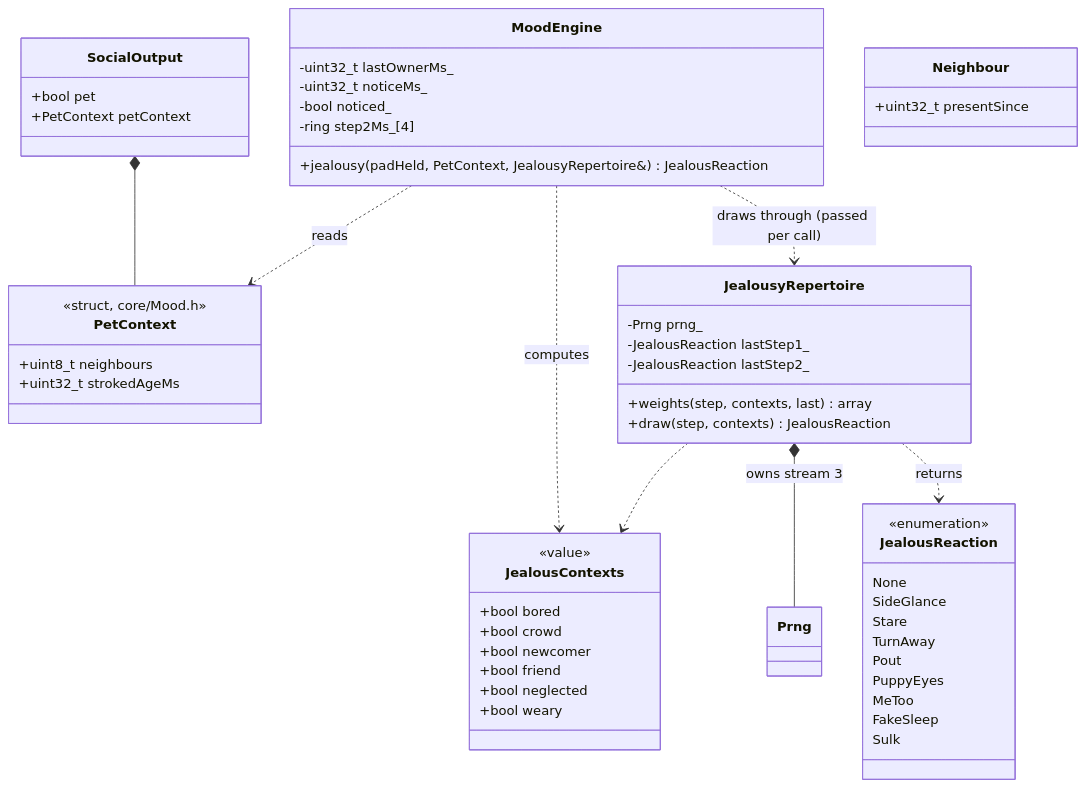
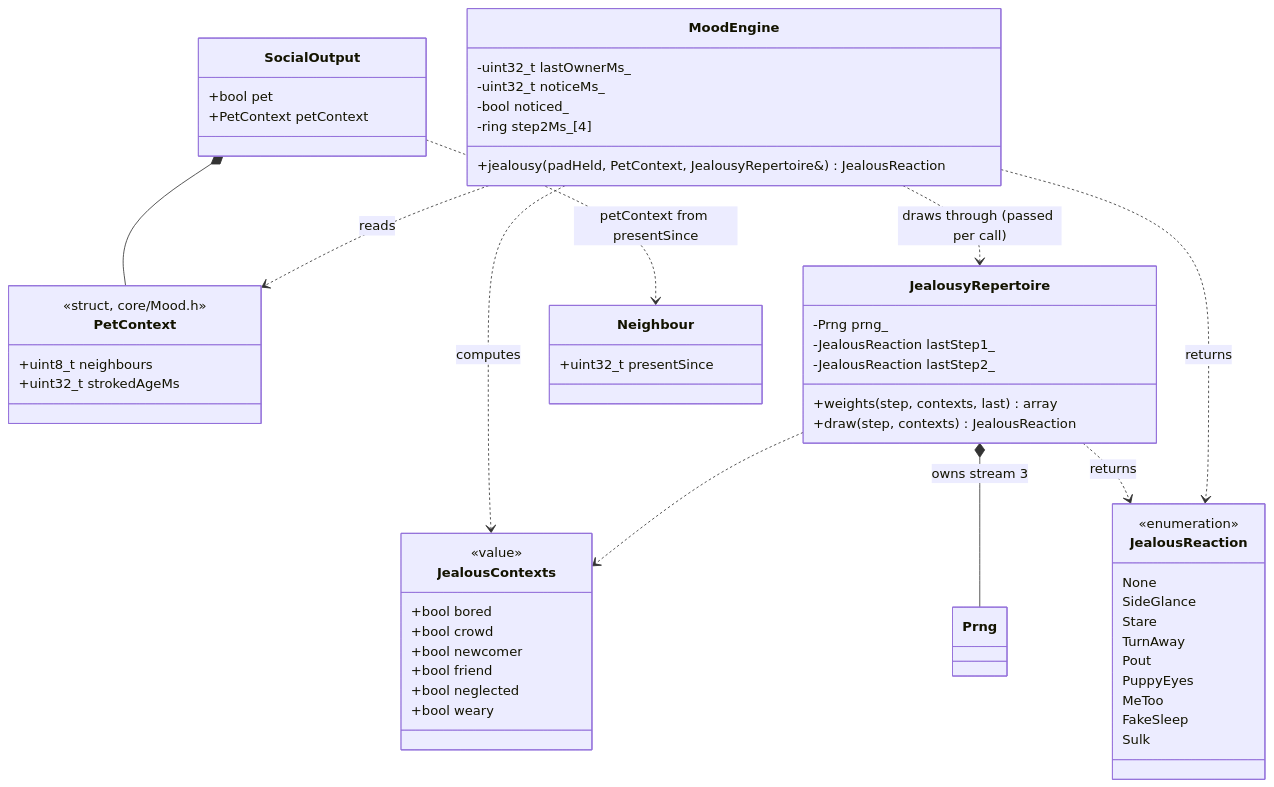
One commit to benoit-bremaud/cubbies changed the diagram in docs/architecture/diagrams/social-group/04-class-jealousy.md. Above: the diagram before and after it, drawn with Mermaid. The commit also changed 4 other files, not shown here.

````diff
--- a/docs/architecture/diagrams/social-group/04-class-jealousy.md
+++ b/docs/architecture/diagrams/social-group/04-class-jealousy.md
@@ -20,59 +20,61 @@
 ```mermaid
 classDiagram
   class PetContext {
     <<struct, core/Mood.h>>
     +uint8_t neighbours
     +uint32_t strokedAgeMs
   }
   class JealousContexts {
     <<value>>
     +bool bored
     +bool crowd
     +bool newcomer
     +bool friend
     +bool neglected
     +bool weary
   }
   class JealousReaction {
     <<enumeration>>
     None
     SideGlance
     Stare
     TurnAway
     Pout
     PuppyEyes
     MeToo
     FakeSleep
     Sulk
   }
   class JealousyRepertoire {
     -Prng prng_
     -JealousReaction lastStep1_
     -JealousReaction lastStep2_
     +weights(step, contexts, last) array
     +draw(step, contexts) JealousReaction
   }
   class MoodEngine {
     -uint32_t lastOwnerMs_
     -uint32_t noticeMs_
     -bool noticed_
     -ring step2Ms_[4]
     +jealousy(padHeld, PetContext, JealousyRepertoire&) JealousReaction
   }
   class SocialOutput {
     +bool pet
     +PetContext petContext
   }
   class Neighbour {
     +uint32_t presentSince
   }
   class Prng
 
   SocialOutput *-- PetContext
   JealousyRepertoire *-- Prng : owns stream 3
   MoodEngine ..> PetContext : reads
   MoodEngine ..> JealousContexts : computes
   MoodEngine ..> JealousyRepertoire : draws through (passed per call)
   JealousyRepertoire ..> JealousContexts
   JealousyRepertoire ..> JealousReaction : returns
+  MoodEngine ..> JealousReaction : returns
+  SocialOutput ..> Neighbour : petContext from presentSince
 ```
````
